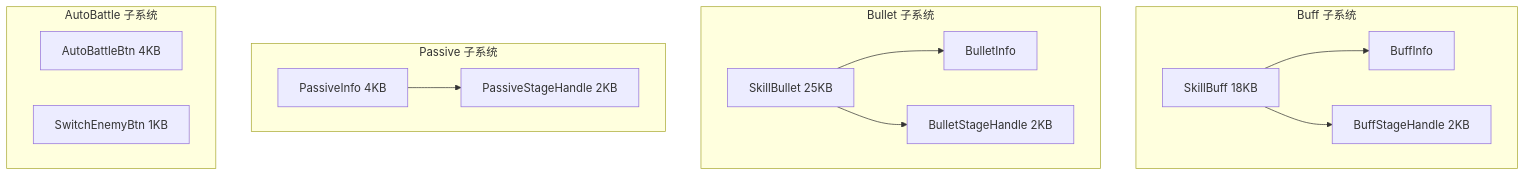
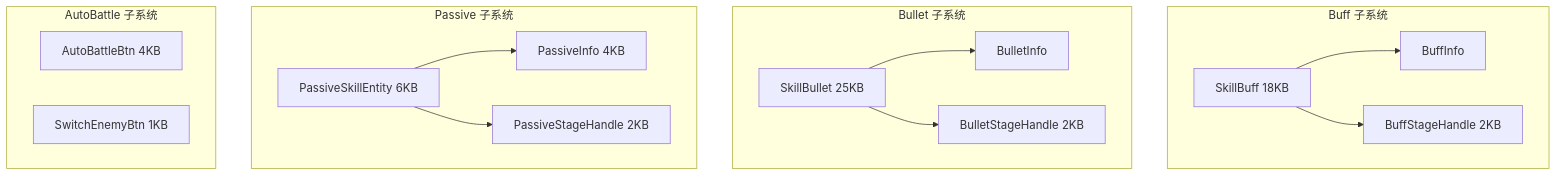
The first of 2 diagrams in diagrams/battle/L4_COMBAT_EFFECT.md (BoyLei/Stars), drawn with Mermaid before and after one commit. The commit also changed other lines of this file and 135 other files, not shown here.

Commit message:
Refactor Stars client module and startup flow

````diff
--- a/diagrams/battle/L4_COMBAT_EFFECT.md
+++ b/diagrams/battle/L4_COMBAT_EFFECT.md
@@ -7,25 +7,26 @@
 ```mermaid
 flowchart TB
     subgraph Buff["Buff 子系统"]
         SB[SkillBuff 18KB]
         BI[BuffInfo]
         BSH[BuffStageHandle 2KB]
     end
     subgraph Bullet["Bullet 子系统"]
         SL[SkillBullet 25KB]
         BLI[BulletInfo]
         BLSH[BulletStageHandle 2KB]
     end
     subgraph Passive["Passive 子系统"]
+        PSE[PassiveSkillEntity 6KB]
         PI[PassiveInfo 4KB]
         PSH[PassiveStageHandle 2KB]
     end
     subgraph Auto["AutoBattle 子系统"]
         AB[AutoBattleBtn 4KB]
         SE[SwitchEnemyBtn 1KB]
     end
 
     SB --> BI & BSH
     SL --> BLI & BLSH
-    PI --> PSH
+    PSE --> PI & PSH
 ```
````
